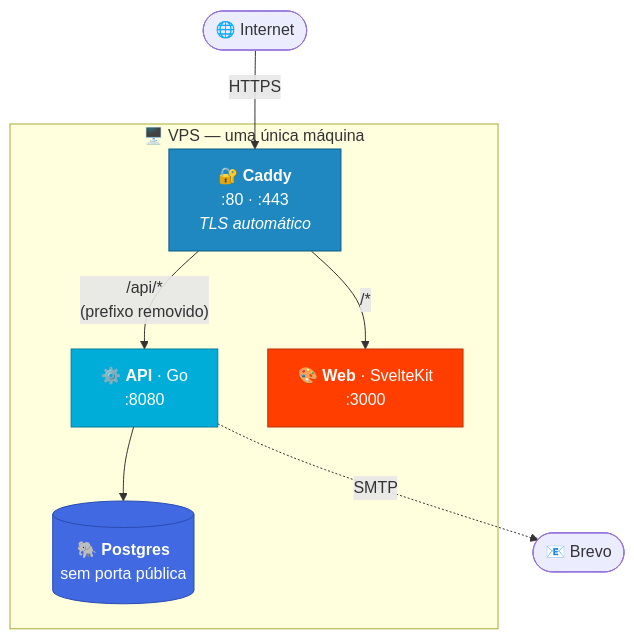
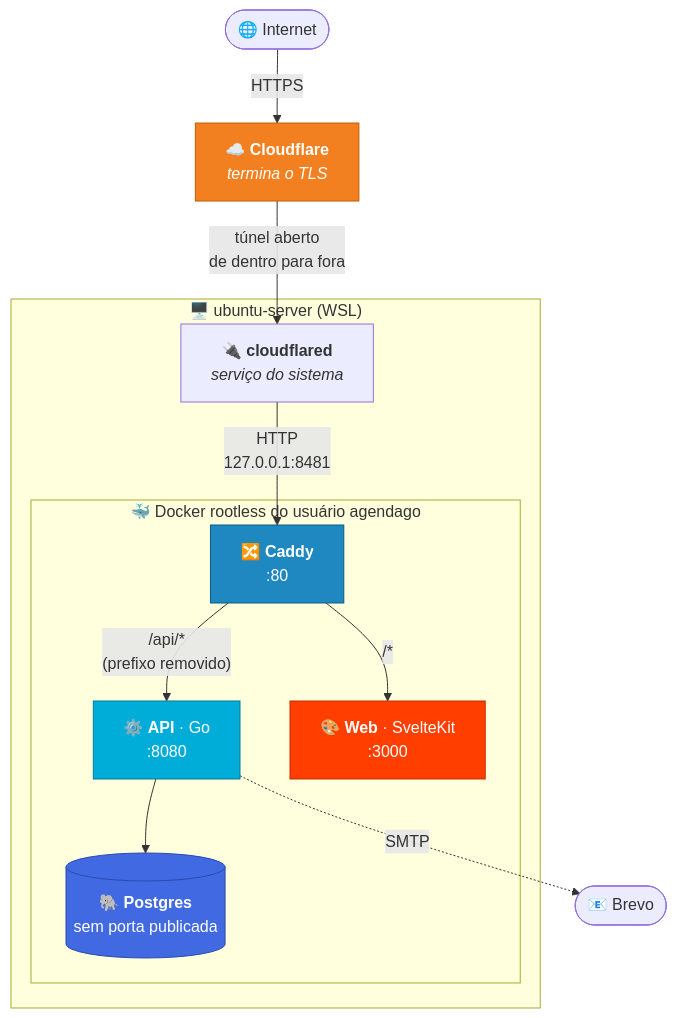
The first of 4 diagrams in docs/producao.md (caetasousa/agendaGo), drawn with Mermaid before and after one commit. The commit also changed other lines of this file and 5 other files, not shown here.

First line of the commit message:
docs: documenta o servidor no WSL e o deploy sem esteira

````diff
--- a/docs/producao.md
+++ b/docs/producao.md
@@ -27,18 +28,24 @@
 ```mermaid
 flowchart TD
-    U([🌐 Internet]) -->|HTTPS| C
+    U([🌐 Internet]) -->|HTTPS| CF["☁️ <b>Cloudflare</b><br/><i>termina o TLS</i>"]
+    CF -->|"túnel aberto<br/>de dentro para fora"| T
 
-    subgraph VPS["🖥️ VPS — uma única máquina"]
-        C["🔐 <b>Caddy</b><br/>:80 · :443<br/><i>TLS automático</i>"]
-        C -->|"/api/*<br/>(prefixo removido)"| A["⚙️ <b>API</b> · Go<br/>:8080"]
-        C -->|"/*"| W["🎨 <b>Web</b> · SvelteKit<br/>:3000"]
-        A --> P[("🐘 <b>Postgres</b><br/>sem porta pública")]
+    subgraph S["🖥️ ubuntu-server (WSL)"]
+        T["🔌 <b>cloudflared</b><br/><i>serviço do sistema</i>"]
+        T -->|"HTTP<br/>127.0.0.1:8481"| C
+        subgraph D["🐳 Docker rootless do usuário agendago"]
+            C["🔀 <b>Caddy</b><br/>:80"]
+            C -->|"/api/*<br/>(prefixo removido)"| A["⚙️ <b>API</b> · Go<br/>:8080"]
+            C -->|"/*"| W["🎨 <b>Web</b> · SvelteKit<br/>:3000"]
+            A --> P[("🐘 <b>Postgres</b><br/>sem porta publicada")]
+        end
     end
 
-    A -.->|SMTP| S([📧 Brevo])
+    A -.->|SMTP| B([📧 Brevo])
 
+    style CF fill:#f38020,stroke:#c25e00,color:#fff
     style C fill:#1f88c0,stroke:#0d5a85,color:#fff
     style A fill:#00add8,stroke:#007d9c,color:#fff
     style W fill:#ff3e00,stroke:#c33000,color:#fff
     style P fill:#4169e1,stroke:#2a4bb0,color:#fff
 ```
````
